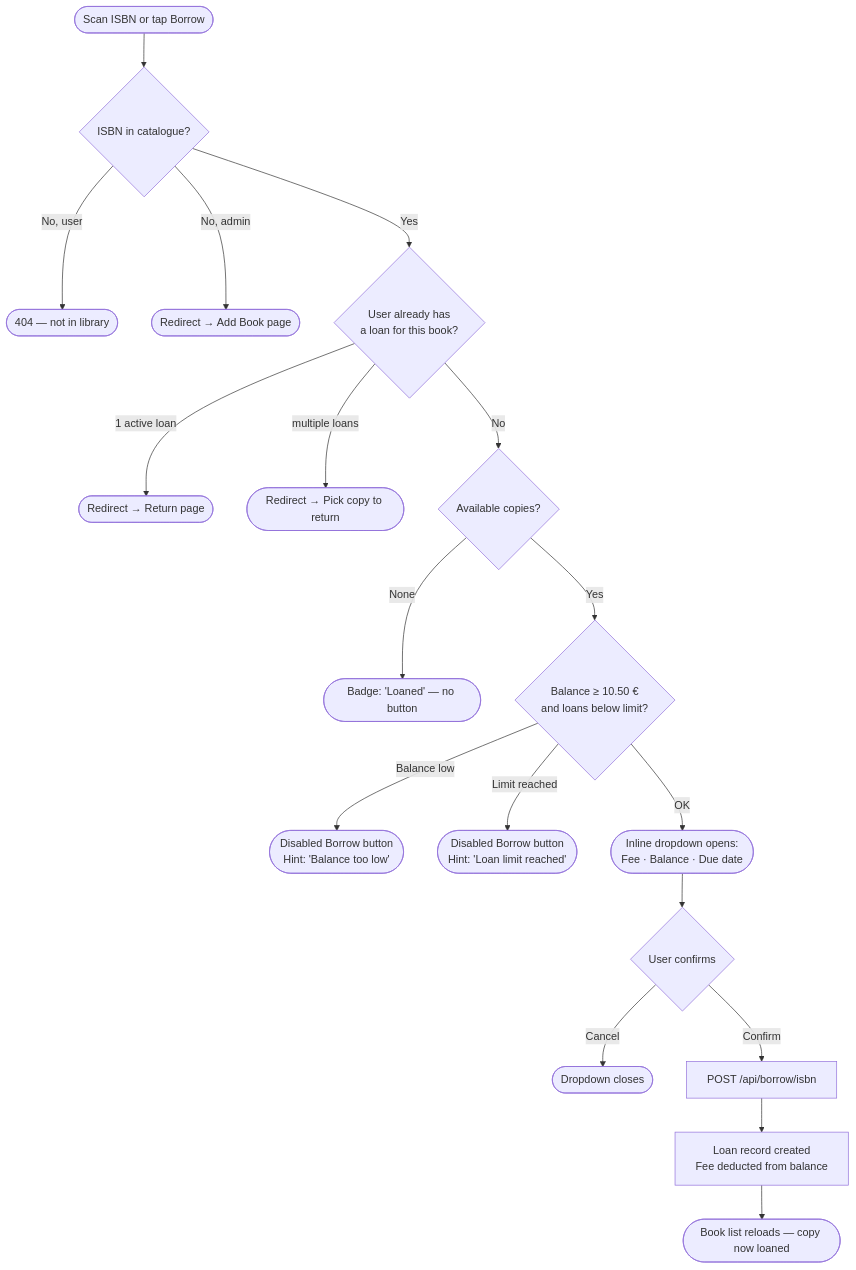
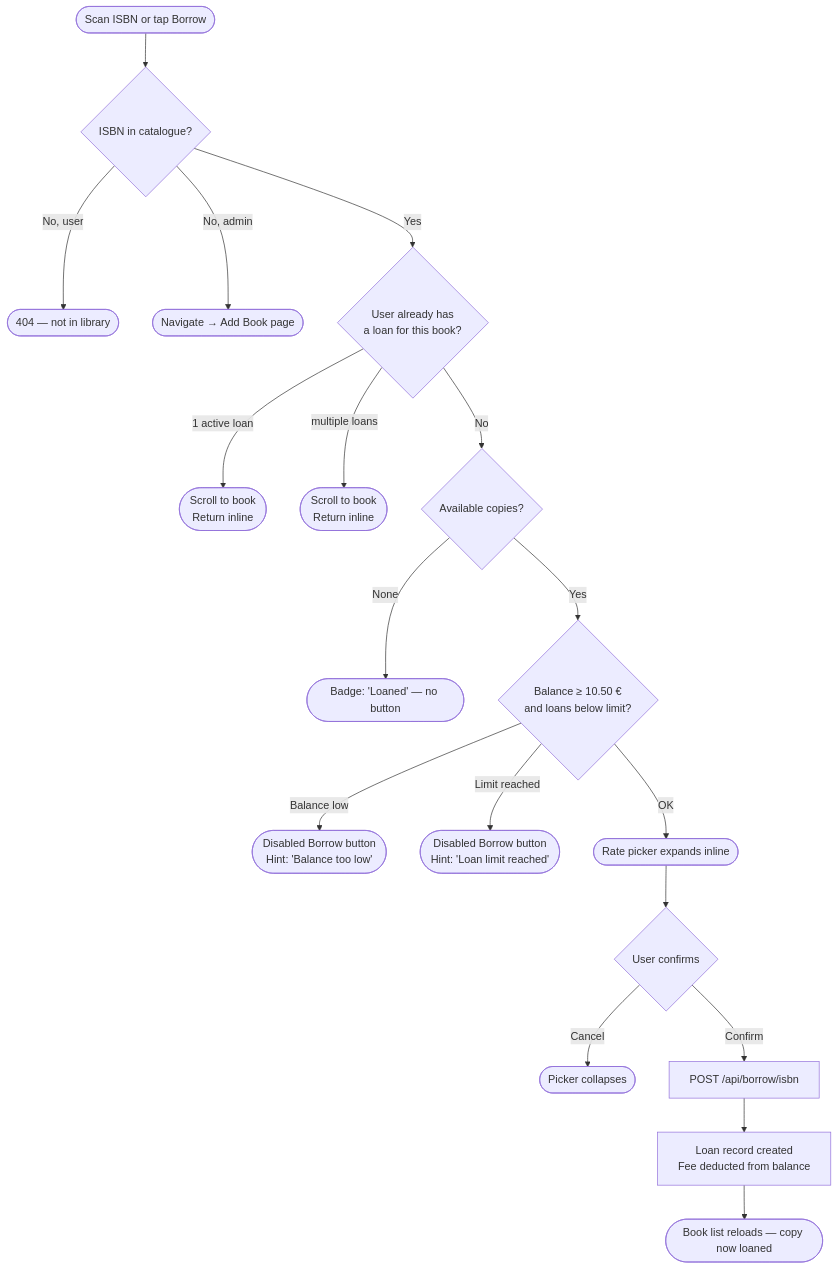
Before and after one commit to 01msmr/mangashelf: the third of 3 diagrams in README.md, drawn with Mermaid. The commit also changed other lines of this file, not shown here.

````diff
--- a/README.md
+++ b/README.md
@@ -175,20 +176,20 @@
 ```mermaid
 flowchart TD
     A([Scan ISBN or tap Borrow]) --> B{ISBN in catalogue?}
     B -- No, user --> E1([404 — not in library])
-    B -- No, admin --> E2([Redirect → Add Book page])
+    B -- No, admin --> E2([Navigate → Add Book page])
     B -- Yes --> C{User already has\na loan for this book?}
-    C -- 1 active loan --> R1([Redirect → Return page])
-    C -- multiple loans --> R2([Redirect → Pick copy to return])
+    C -- 1 active loan --> R1([Scroll to book\nReturn inline])
+    C -- multiple loans --> R2([Scroll to book\nReturn inline])
     C -- No --> D{Available copies?}
     D -- None --> Z([Badge: 'Loaned' — no button])
     D -- Yes --> EL{Balance ≥ 10.50 €\nand loans below limit?}
     EL -- Balance low --> Y([Disabled Borrow button\nHint: 'Balance too low'])
     EL -- Limit reached --> X([Disabled Borrow button\nHint: 'Loan limit reached'])
-    EL -- OK --> G([Inline dropdown opens:\nFee · Balance · Due date])
+    EL -- OK --> G([Rate picker expands inline])
     G --> H{User confirms}
-    H -- Cancel --> G2([Dropdown closes])
+    H -- Cancel --> G2([Picker collapses])
     H -- Confirm --> I[POST /api/borrow/isbn]
     I --> J[Loan record created\nFee deducted from balance]
     J --> K([Book list reloads — copy now loaned])
 ```
````
